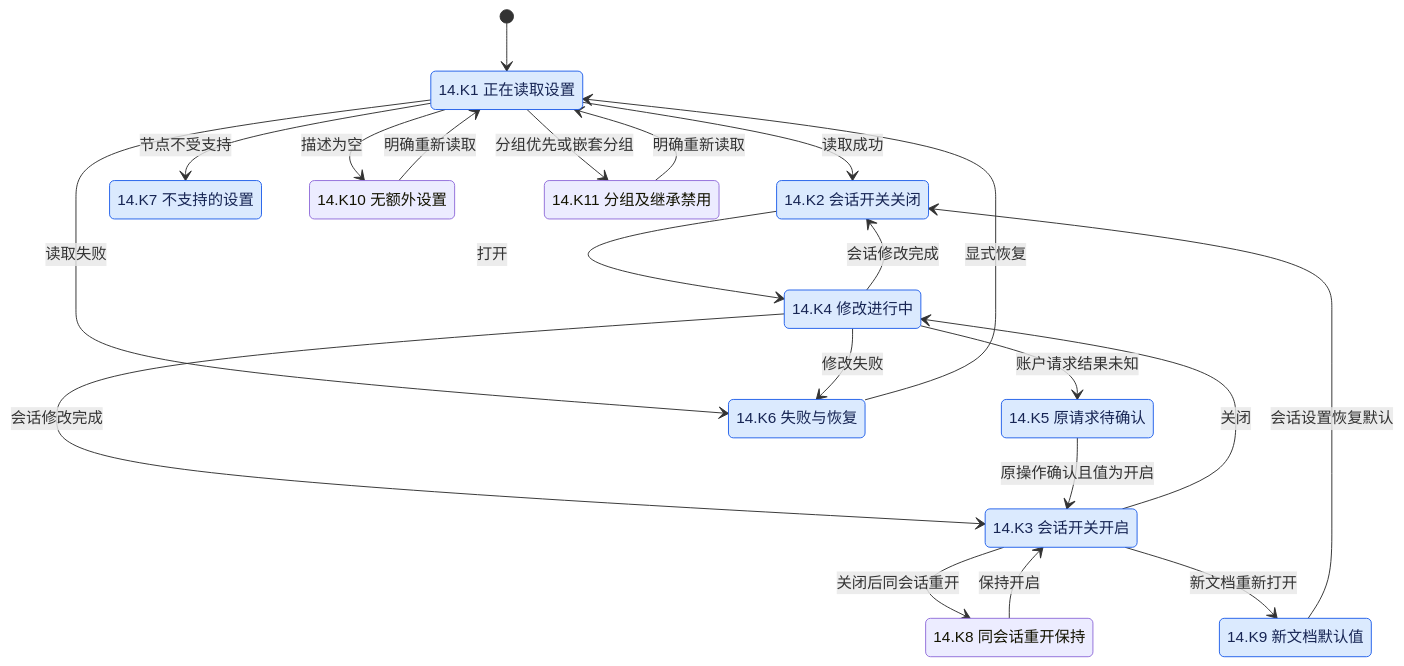
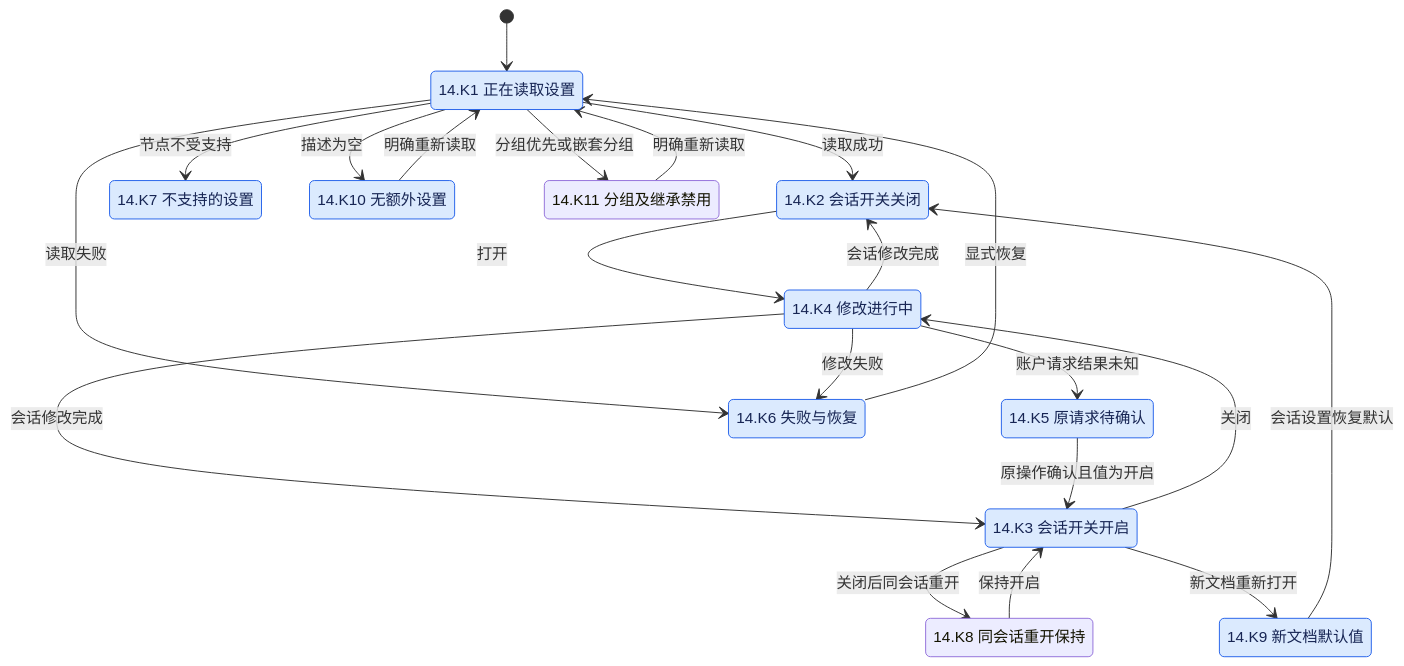
Before and after one commit to Wybxc/karuyomi: diagram 19 of 21 in docs/verification/mihon-state-coverage.md, drawn with Mermaid. The commit also changed other lines of this file and 4 other files, not shown here.

Commit message:
Record Web evidence for empty preferences and migration limit

````diff
--- a/docs/verification/mihon-state-coverage.md
+++ b/docs/verification/mihon-state-coverage.md
@@ -1707,36 +1707,36 @@
 ```mermaid
 stateDiagram-v2
     [*] --> LoadingPreferences
     state "14.K1 正在读取设置" as LoadingPreferences
     state "14.K2 会话开关关闭" as ToggleOff
     state "14.K3 会话开关开启" as ToggleOn
     state "14.K4 修改进行中" as ChangingPreference
     state "14.K5 原请求待确认" as PreferencePending
     state "14.K6 失败与恢复" as PreferenceFailed
     state "14.K7 不支持的设置" as UnsupportedPreference
     state "14.K8 同会话重开保持" as SessionReopened
     state "14.K9 新文档默认值" as NewDocument
     state "14.K10 无额外设置" as EmptyPreferences
     state "14.K11 分组及继承禁用" as GroupedPreferences
     LoadingPreferences --> ToggleOff: 读取成功
     LoadingPreferences --> PreferenceFailed: 读取失败
     ToggleOff --> ChangingPreference: 打开
     ToggleOn --> ChangingPreference: 关闭
     ChangingPreference --> ToggleOn: 会话修改完成
     ChangingPreference --> ToggleOff: 会话修改完成
     ChangingPreference --> PreferencePending: 账户请求结果未知
     ChangingPreference --> PreferenceFailed: 修改失败
     PreferencePending --> ToggleOn: 原操作确认且值为开启
     PreferenceFailed --> LoadingPreferences: 显式恢复
     ToggleOn --> SessionReopened: 关闭后同会话重开
     SessionReopened --> ToggleOn: 保持开启
     ToggleOn --> NewDocument: 新文档重新打开
     NewDocument --> ToggleOff: 会话设置恢复默认
     LoadingPreferences --> UnsupportedPreference: 节点不受支持
     LoadingPreferences --> EmptyPreferences: 描述为空
     LoadingPreferences --> GroupedPreferences: 分组优先或嵌套分组
     EmptyPreferences --> LoadingPreferences: 明确重新读取
     GroupedPreferences --> LoadingPreferences: 明确重新读取
     classDef paired fill:#dbeafe,color:#172554,stroke:#2563eb
-    class LoadingPreferences,ToggleOff,ToggleOn,ChangingPreference,PreferencePending,PreferenceFailed,UnsupportedPreference,NewDocument paired
+    class LoadingPreferences,ToggleOff,ToggleOn,ChangingPreference,PreferencePending,PreferenceFailed,UnsupportedPreference,NewDocument,EmptyPreferences paired
 ```
````
